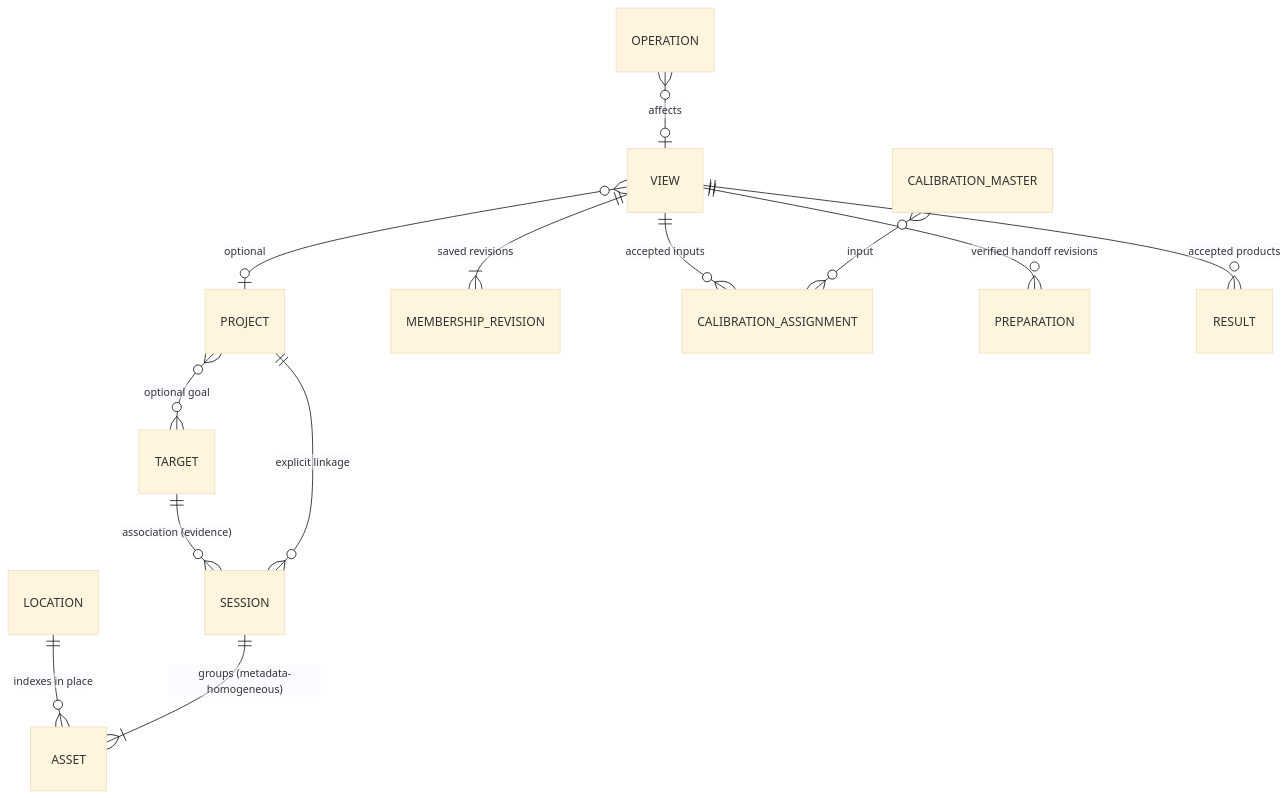
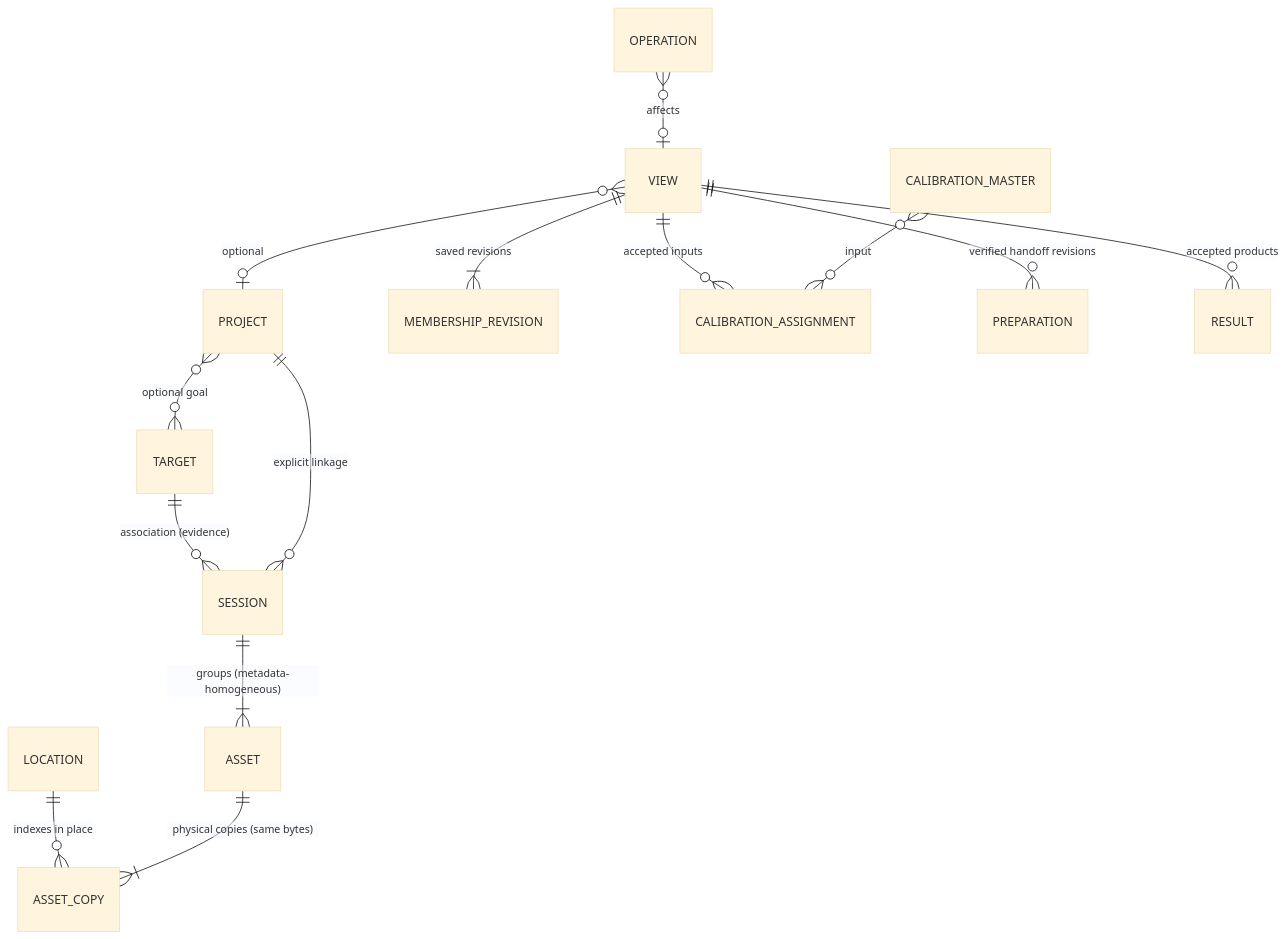
The first of 2 diagrams in apps/prototype/design/HIGH-LEVEL-DESIGN.md (platevault/platevault), drawn with Mermaid (base theme) before and after one commit. The commit also changed other lines of this file and 15 other files, not shown here.

````diff
--- a/apps/prototype/design/HIGH-LEVEL-DESIGN.md
+++ b/apps/prototype/design/HIGH-LEVEL-DESIGN.md
@@ -41,15 +41,16 @@
 ```mermaid
 erDiagram
-  LOCATION ||--o{ ASSET : "indexes in place"
+  LOCATION ||--o{ ASSET_COPY : "indexes in place"
+  ASSET ||--|{ ASSET_COPY : "physical copies (same bytes)"
   SESSION ||--|{ ASSET : "groups (metadata-homogeneous)"
   TARGET ||--o{ SESSION : "association (evidence)"
   PROJECT }o--o{ TARGET : "optional goal"
   PROJECT ||--o{ SESSION : "explicit linkage"
   VIEW }o--o| PROJECT : "optional"
   VIEW ||--|{ MEMBERSHIP_REVISION : "saved revisions"
   VIEW ||--o{ CALIBRATION_ASSIGNMENT : "accepted inputs"
   VIEW ||--o{ PREPARATION : "verified handoff revisions"
   VIEW ||--o{ RESULT : "accepted products"
   CALIBRATION_MASTER }o--o{ CALIBRATION_ASSIGNMENT : "input"
   OPERATION }o--o| VIEW : "affects"
 ```
````
